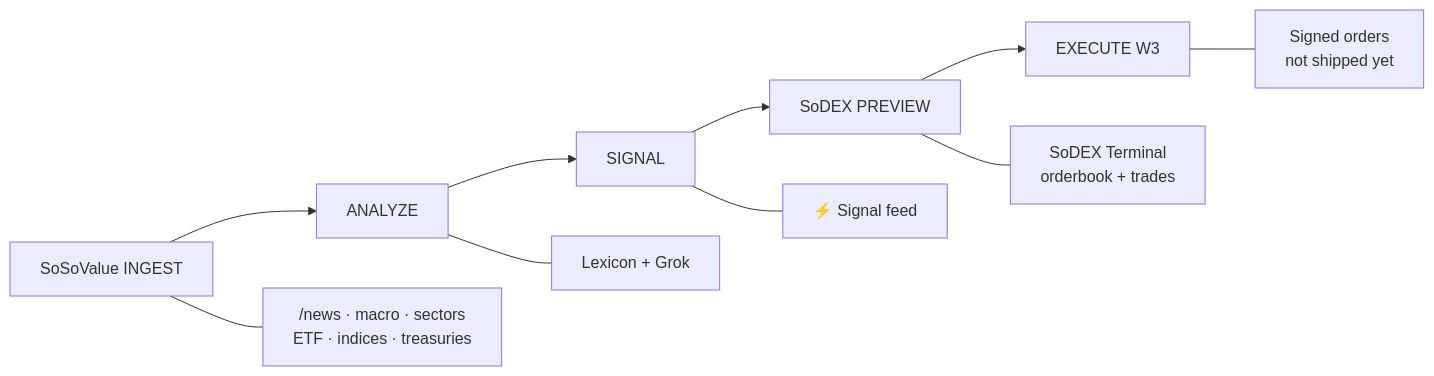
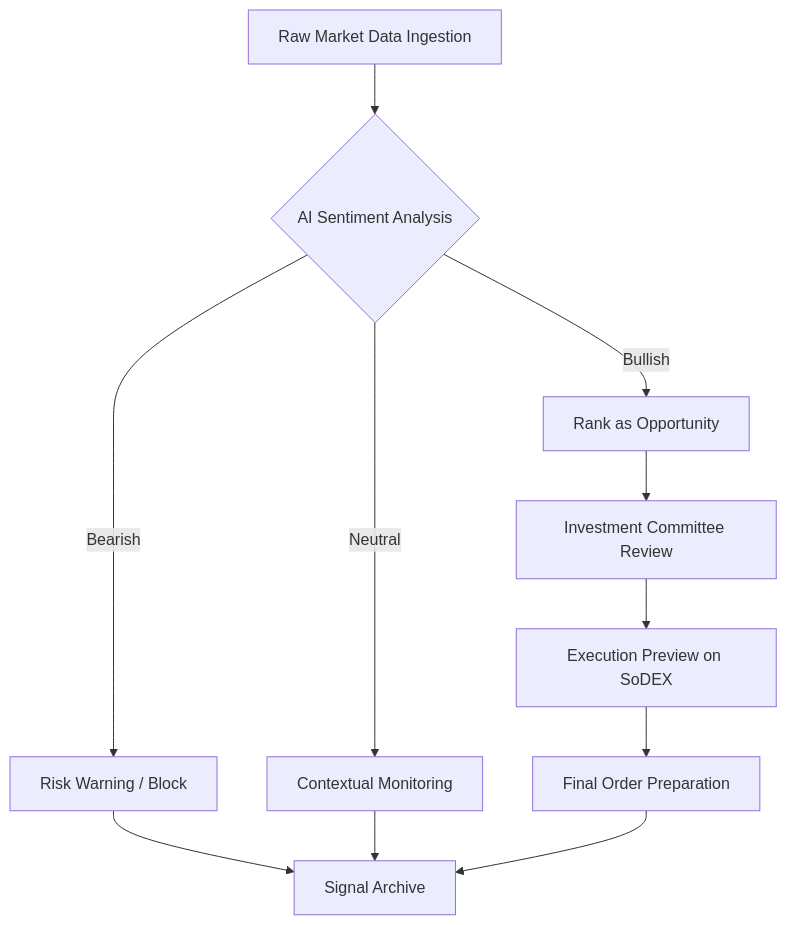
One commit to Nanle-code/CryptoDesk changed the first of 18 diagrams in cryptodesk/README.md. Above: the diagram before and after it, drawn with Mermaid. The commit also changed other lines of this file and 28 other files, not shown here.

````diff
--- a/cryptodesk/README.md
+++ b/cryptodesk/README.md
@@ -194,13 +39,15 @@
 ```mermaid
-flowchart LR
-    A[SoSoValue INGEST] --> B[ANALYZE]
-    B --> C[SIGNAL]
-    C --> D[SoDEX PREVIEW]
-    D --> E[EXECUTE W3]
+flowchart TD
+    A[Raw Market Data Ingestion] --> B{AI Sentiment Analysis}
+    B -- Bullish --> C[Rank as Opportunity]
+    B -- Bearish --> D[Risk Warning / Block]
+    B -- Neutral --> E[Contextual Monitoring]
 
-    A --- A1["/news · macro · sectors\nETF · indices · treasuries"]
-    B --- B1["Lexicon + Grok"]
-    C --- C1["⚡ Signal feed"]
-    D --- D1["SoDEX Terminal\norderbook + trades"]
-    E --- E1["Signed orders\nnot shipped yet"]
+    C --> F[Investment Committee Review]
+    F --> G[Execution Preview on SoDEX]
+    G --> H[Final Order Preparation]
+    
+    D --> I[Signal Archive]
+    E --> I
+    H --> I
 ```
````
